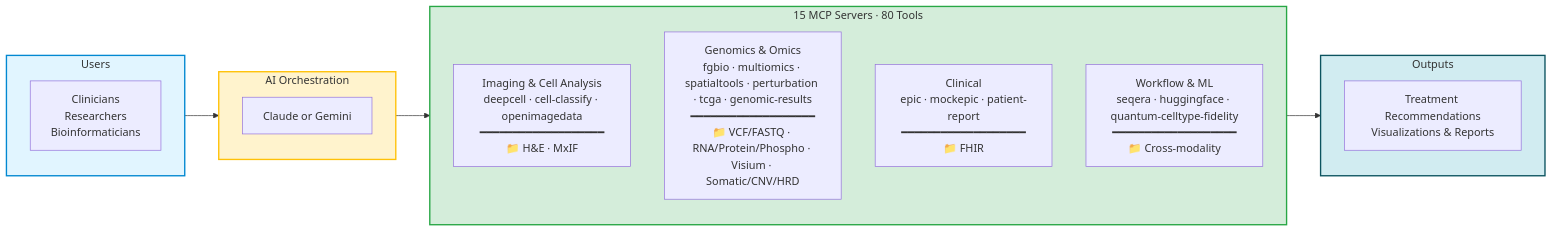
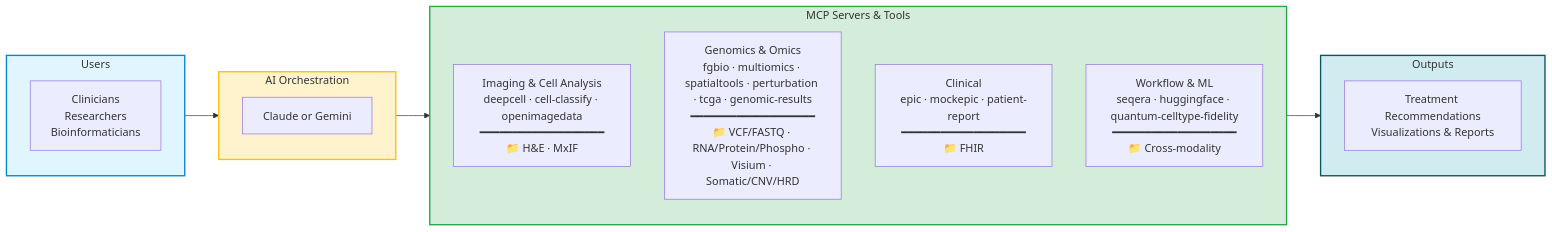
One commit to raymond301/precision-medicine-mcp changed the diagram in docs/for-funders/EXECUTIVE_SUMMARY.md. Above: the diagram before and after it, drawn with Mermaid. The commit also changed other lines of this file and 31 other files, not shown here.

````diff
--- a/docs/for-funders/EXECUTIVE_SUMMARY.md
+++ b/docs/for-funders/EXECUTIVE_SUMMARY.md
@@ -13,31 +13,31 @@
 ```mermaid
 graph LR
     subgraph Users["Users"]
         U[Clinicians<br/>Researchers<br/>Bioinformaticians]
     end
 
     subgraph AI["AI Orchestration"]
         LLM[Claude or Gemini]
     end
 
-    subgraph Servers["15 MCP Servers · 80 Tools"]
+    subgraph Servers["MCP Servers & Tools"]
         direction TB
         IMAGING["Imaging & Cell Analysis<br/>deepcell · cell-classify · openimagedata<br/>━━━━━━━━━━━━━━━━━━━<br/>📁 H&E · MxIF"]
         GENOMICS["Genomics & Omics<br/>fgbio · multiomics · spatialtools · perturbation · tcga · genomic-results<br/>━━━━━━━━━━━━━━━━━━━<br/>📁 VCF/FASTQ · RNA/Protein/Phospho · Visium · Somatic/CNV/HRD"]
         CLINICAL["Clinical<br/>epic · mockepic · patient-report<br/>━━━━━━━━━━━━━━━━━━━<br/>📁 FHIR"]
         WORKFLOW["Workflow & ML<br/>seqera · huggingface · quantum-celltype-fidelity<br/>━━━━━━━━━━━━━━━━━━━<br/>📁 Cross-modality"]
     end
 
     subgraph Output["Outputs"]
         O[Treatment Recommendations<br/>Visualizations & Reports]
     end
 
     Users --> AI
     AI --> Servers
     Servers --> Output
 
     style Users fill:#e1f5ff,stroke:#0288d1,stroke-width:2px
     style AI fill:#fff3cd,stroke:#ffc107,stroke-width:2px
     style Servers fill:#d4edda,stroke:#28a745,stroke-width:2px
     style Output fill:#d1ecf1,stroke:#0c5460,stroke-width:2px
 ```
````
